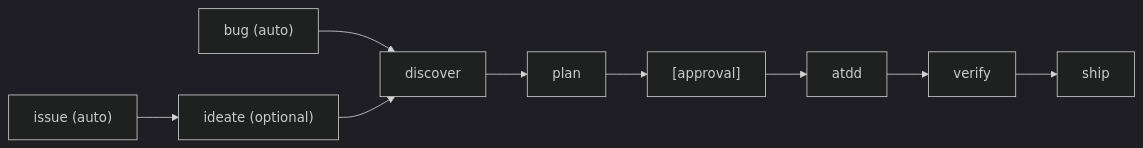
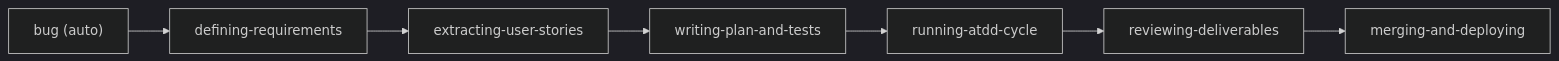
Before and after one commit to o3-ozono/atdd-kit: the diagram in README.md, drawn with Mermaid (dark theme). The commit also changed other lines of this file and 175 other files, not shown here.

````diff
--- a/README.md
+++ b/README.md
@@ -69,6 +69,9 @@
 ```mermaid
 flowchart LR
-  bug["bug (auto)"] --> discover
-  issue["issue (auto)"] --> ideate["ideate (optional)"] --> discover
-  discover --> plan --> approval["[approval]"] --> atdd --> verify --> ship
+  bug["bug (auto)"] --> dr
+  dr["defining-requirements"] --> us["extracting-user-stories"]
+  us --> plan["writing-plan-and-tests"]
+  plan --> atdd["running-atdd-cycle"]
+  atdd --> review["reviewing-deliverables"]
+  review --> ship["merging-and-deploying"]
 ```
````
